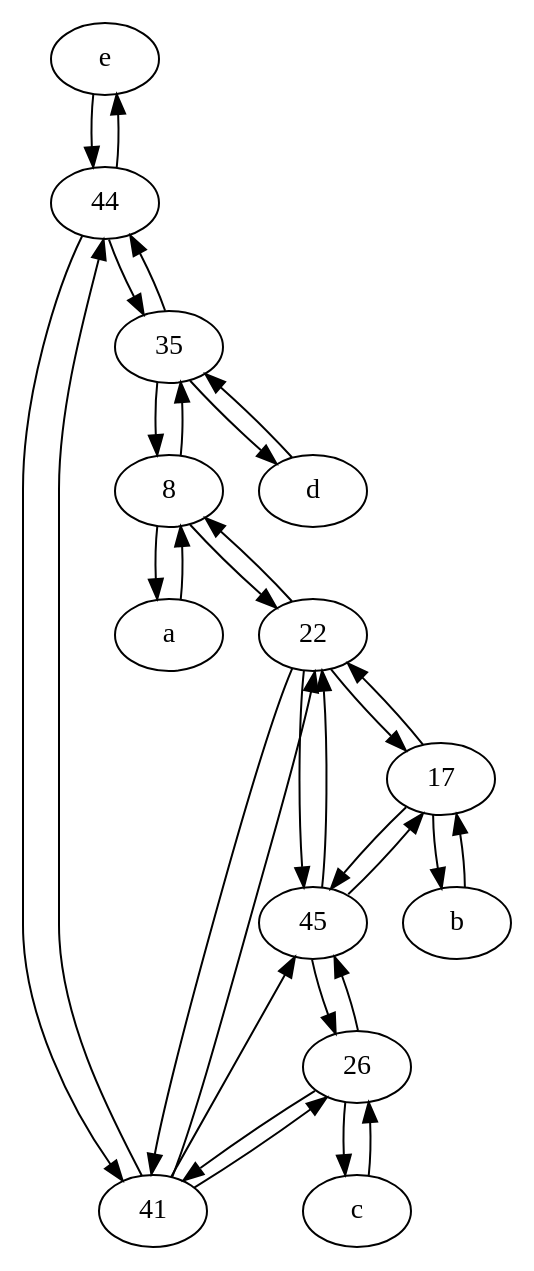
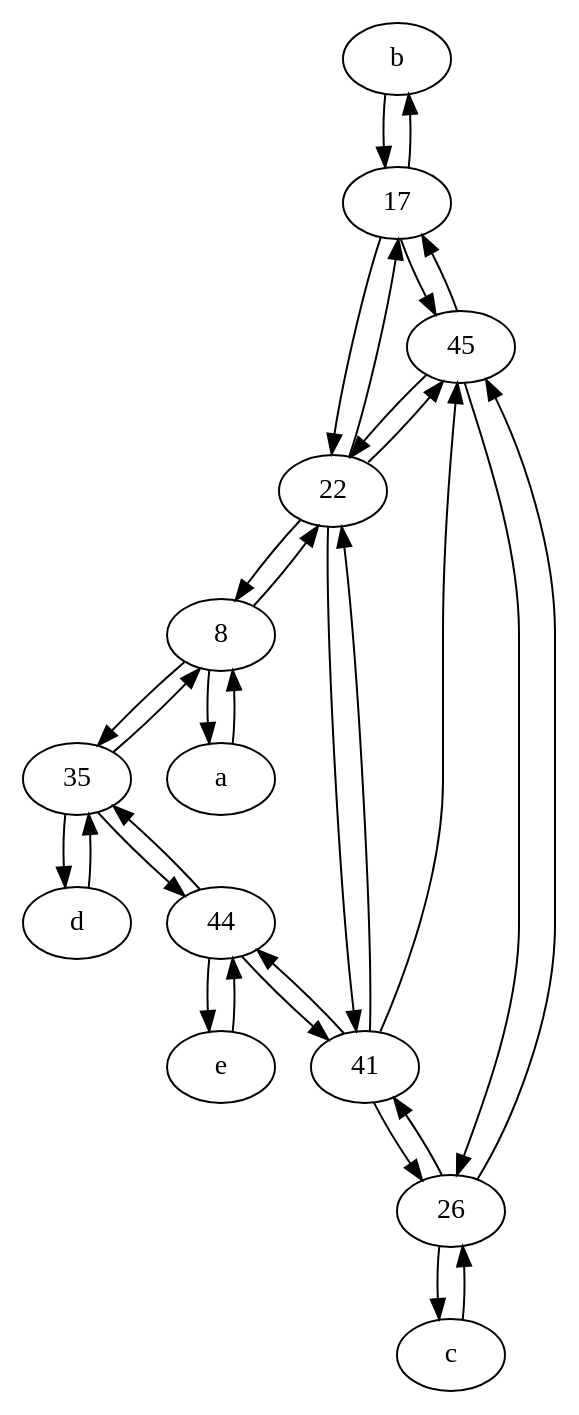
Before and after one commit to anisabnis/graph_inference: the diagram in results_best/surfnet22/topologyorig.dot, drawn with Graphviz. The commit also changed other lines of this file and 3498 other files, not shown here.

```diff
--- a/results_best/surfnet22/topologyorig.dot
+++ b/results_best/surfnet22/topologyorig.dot
@@ -1,47 +1,47 @@
 digraph  {
-	e [pos="30,50!"];
-	26;
-	17;
-	22;
-	41;
-	45;
-	c [pos="20,10!"];
-	d [pos="20,30!"];
-	a [pos="40,10!"];
-	35;
 	b [pos="50,20!"];
 	8;
+	17;
+	41;
+	d [pos="20,30!"];
+	35;
+	c [pos="20,10!"];
+	26;
+	a [pos="40,10!"];
+	e [pos="30,50!"];
 	44;
+	22;
+	45;
+	35 -> d;
+	41 -> 44;
+	44 -> e;
+	17 -> 45;
+	17 -> b;
+	22 -> 41;
+	a -> 8;
+	8 -> a;
+	8 -> 35;
+	26 -> 45;
+	35 -> 44;
+	45 -> 22;
+	41 -> 45;
+	22 -> 8;
 	44 -> 41;
-	45 -> 22;
-	22 -> 41;
+	44 -> 35;
+	35 -> 8;
+	22 -> 17;
+	17 -> 22;
+	26 -> 41;
+	d -> 35;
+	45 -> 17;
+	41 -> 26;
+	45 -> 26;
 	41 -> 22;
-	35 -> d;
-	d -> 35;
-	41 -> 45;
-	41 -> 44;
+	22 -> 45;
+	e -> 44;
+	26 -> c;
+	8 -> 22;
 	c -> 26;
-	e -> 44;
 	b -> 17;
-	22 -> 17;
-	17 -> 45;
-	17 -> 22;
-	22 -> 8;
-	8 -> 35;
-	45 -> 17;
-	26 -> 45;
-	35 -> 8;
-	35 -> 44;
-	8 -> a;
-	44 -> e;
-	a -> 8;
-	26 -> 41;
-	41 -> 26;
-	8 -> 22;
-	45 -> 26;
-	26 -> c;
-	44 -> 35;
-	22 -> 45;
-	17 -> b;
 
 	}
```
